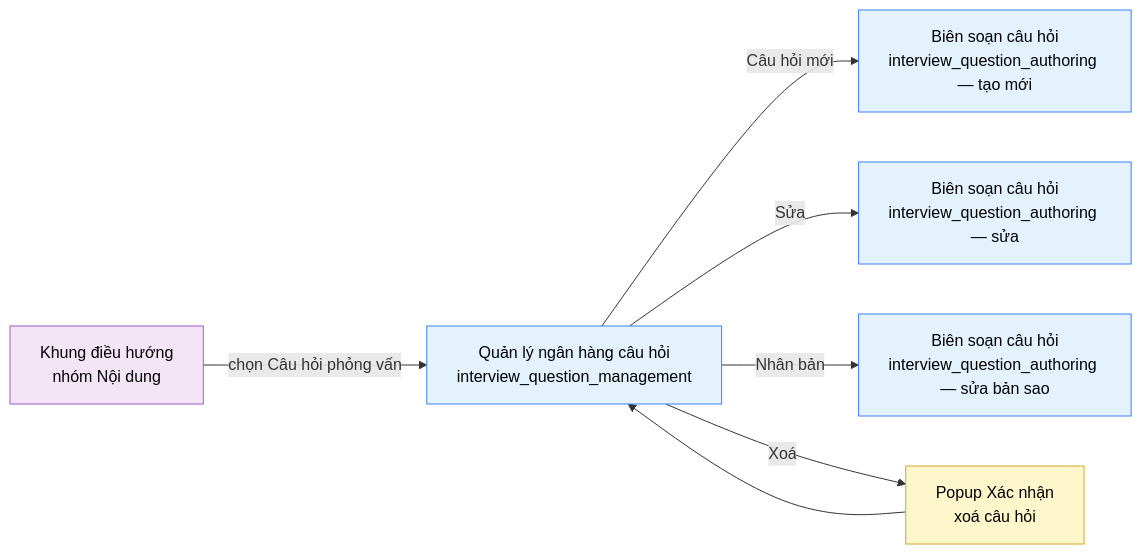
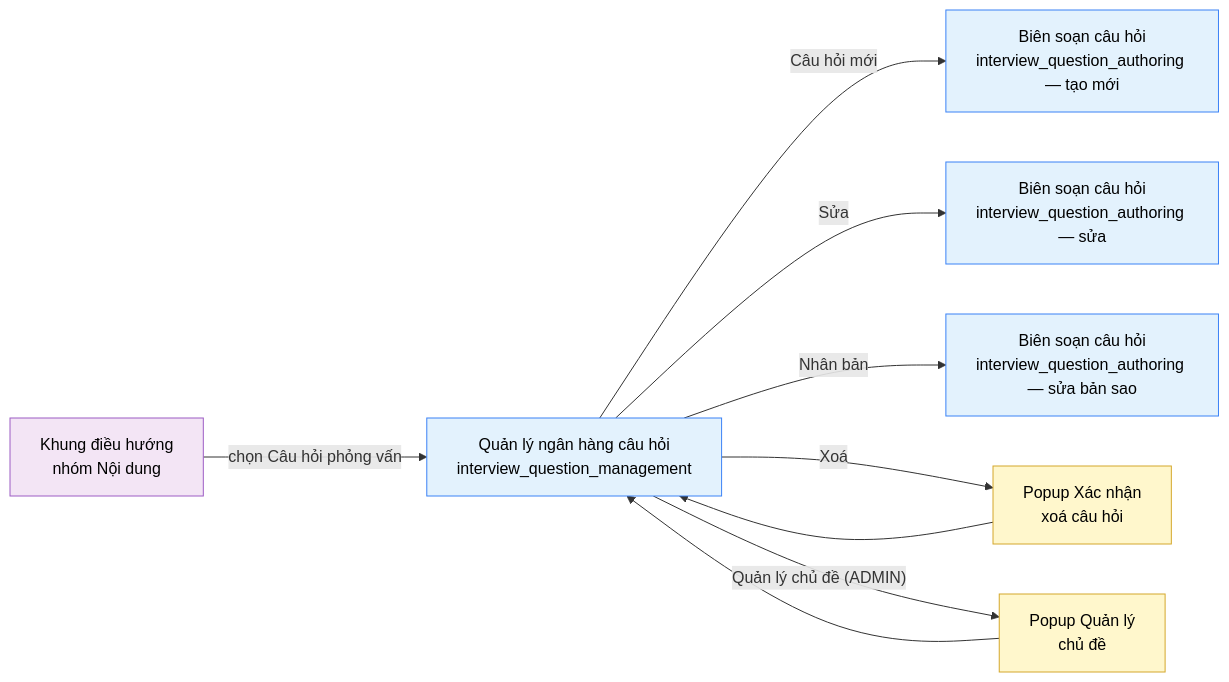
Before and after one commit to daiphu1801/PRJ_ALGOPREP: the diagram in 02-bd/screens/shared/SHR0301_interview_question_management.md, drawn with Mermaid. The commit also changed other lines of this file and 37 other files, not shown here.

````diff
--- a/02-bd/screens/shared/SHR0301_interview_question_management.md
+++ b/02-bd/screens/shared/SHR0301_interview_question_management.md
@@ -152,18 +171,20 @@
 ```mermaid
 flowchart LR
     nav["Khung điều hướng<br/>nhóm Nội dung"] -->|"chọn Câu hỏi phỏng vấn"| main["Quản lý ngân hàng câu hỏi<br/>interview_question_management"]
     main -->|"Câu hỏi mới"| create["Biên soạn câu hỏi<br/>interview_question_authoring — tạo mới"]
     main -->|"Sửa"| edit["Biên soạn câu hỏi<br/>interview_question_authoring — sửa"]
     main -->|"Nhân bản"| dup["Biên soạn câu hỏi<br/>interview_question_authoring — sửa bản sao"]
     main -->|"Xoá"| confirm["Popup Xác nhận<br/>xoá câu hỏi"]
     confirm --> main
+    main -->|"Quản lý chủ đề (ADMIN)"| topics["Popup Quản lý<br/>chủ đề"]
+    topics --> main
 
     classDef source fill:#F3E5F5,stroke:#9C5CC4,color:#000
     classDef screen fill:#E3F2FD,stroke:#3B82F6,color:#000
     classDef popup fill:#FFF7CC,stroke:#D4A72C,color:#000
 
     class nav source
     class main screen
     class create,edit,dup screen
-    class confirm popup
+    class confirm,topics popup
 ```
````
